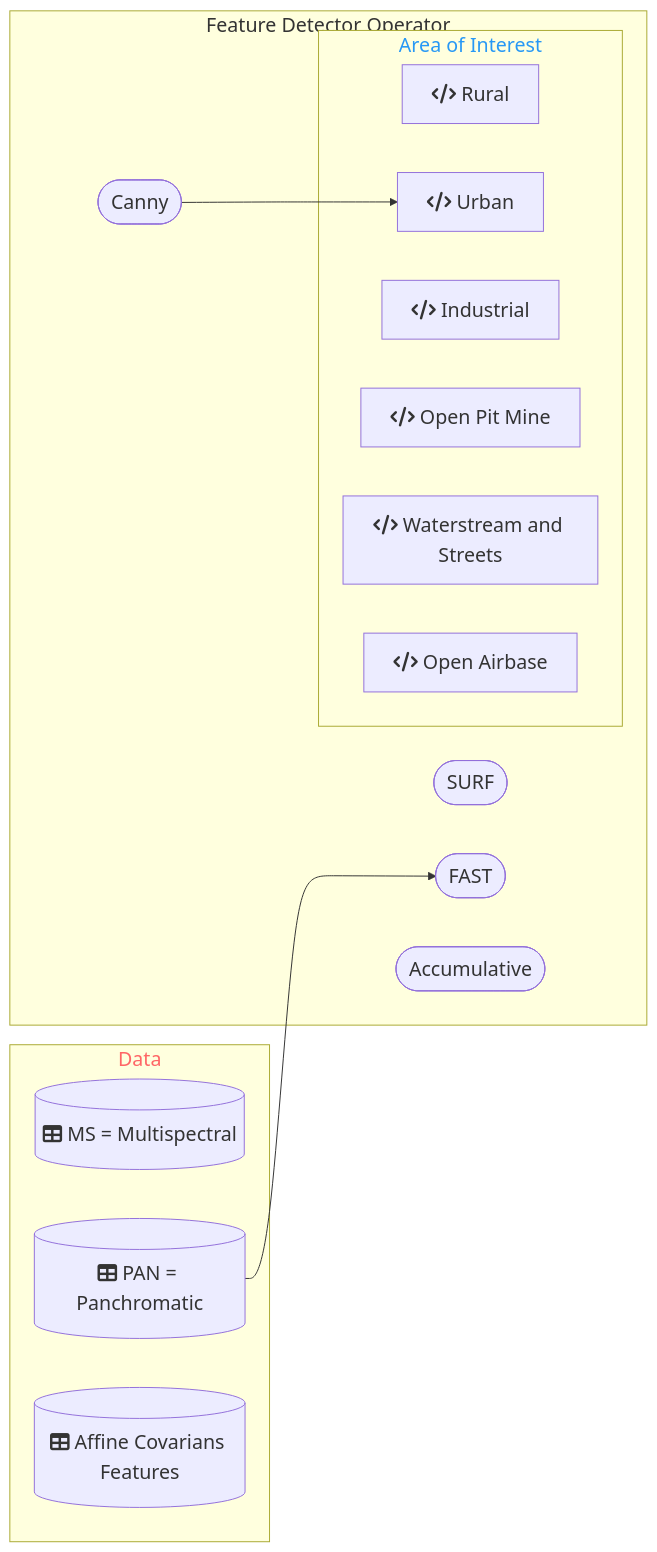
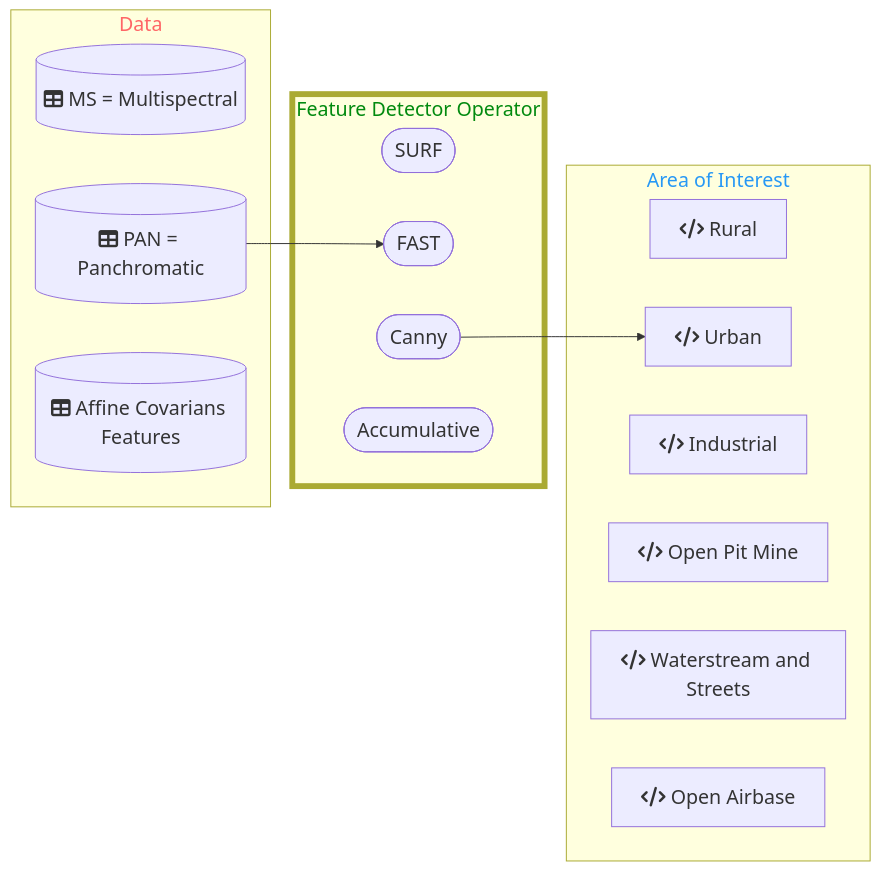
Before and after one commit to DippoldEJ/Feature-Detection-and-Explanation: the diagram in Application/README.md, drawn with Mermaid.

````diff
--- a/Application/README.md
+++ b/Application/README.md
@@ -13,42 +13,40 @@
 ```mermaid
 flowchart LR;
 %%{init: {
 	'themeVariables': { 'fontSize': '20px', 'fontFamily': 'Didot'}
 	}
 }%%
 
  subgraph n[Data]
         g[(fa:fa-table MS = Multispectral)]
         h[(fa:fa-table PAN = Panchromatic)]
         i[(fa:fa-table Affine Covarians Features)]
     end
 
  subgraph o[Feature Detector Operator]
         j([SURF])
         k([FAST])
         l([Canny])
         m([Accumulative])
     end
 
 subgraph p[Area of Interest]
     a[fa:fa-code Rural]
     b[fa:fa-code Urban]
     c[fa:fa-code Industrial]
     d[fa:fa-code Open Pit Mine]
     e[fa:fa-code Waterstream and Streets]
     f[fa:fa-code Open Airbase]
     end
 
- subgraph o[Testing and Verficiation]
-        p[(fa:fa-table Affine Covarians Features)]
-    end
+
 
 style n color:#f66
 style o stroke-width:6px
 style o color:#028A0F
 style p color:#2798F5
 
 h-->k
 l-->b
 
 ```
````
